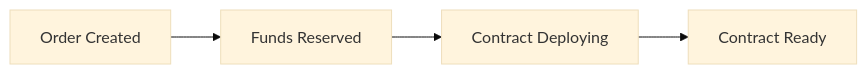
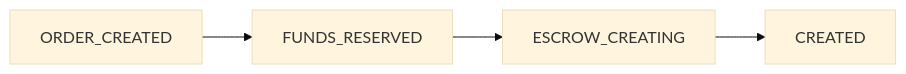
Before and after one commit to OFFER-HUB/offer-hub-monorepo: the first of 7 diagrams in content/docs/guide/escrow-flows.mdx, drawn with Mermaid (base theme). The commit also changed other lines of this file and 9 other files, not shown here.

First line of the commit message:
docs: unify order and escrow state machine diagrams across guides

````diff
--- a/content/docs/guide/escrow-flows.mdx
+++ b/content/docs/guide/escrow-flows.mdx
@@ -24,6 +34,6 @@
 ```mermaid
 flowchart LR
-    A[Order Created] --> B[Funds Reserved]
-    B --> C[Contract Deploying]
-    C --> D[Contract Ready]
+    A[ORDER_CREATED] --> B[FUNDS_RESERVED]
+    B --> C[ESCROW_CREATING]
+    C --> D[CREATED]
 ```
````
